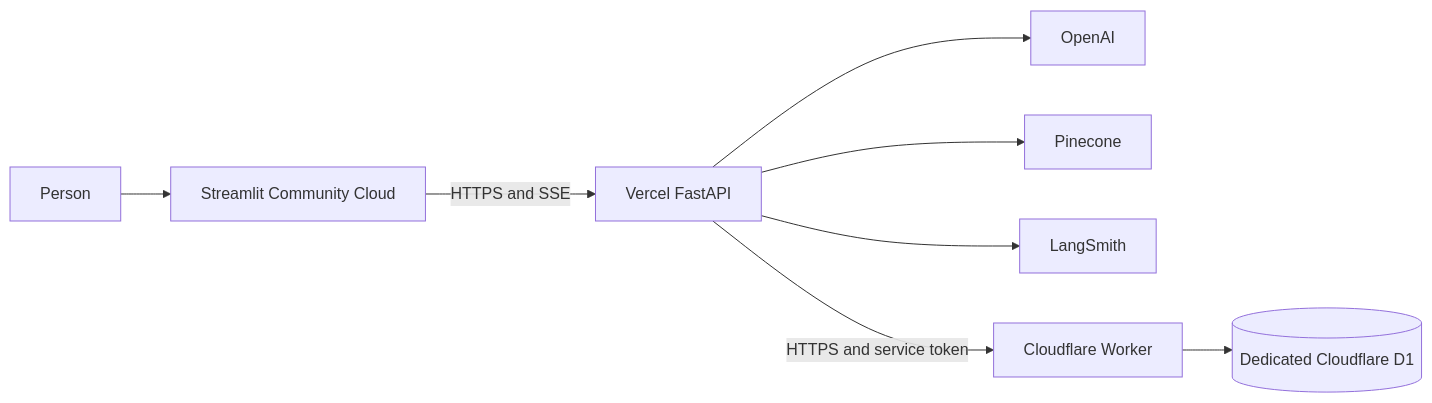
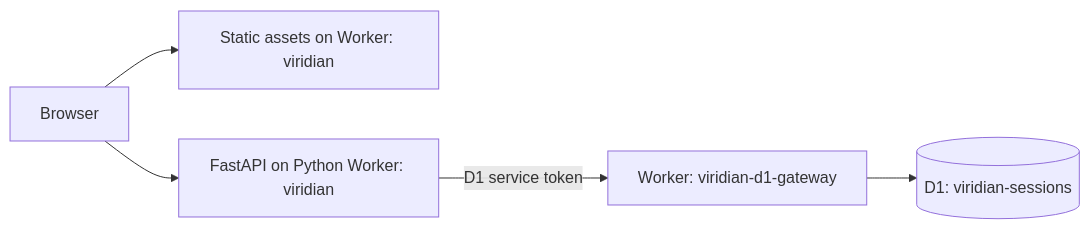
One commit to Thavarshan/enterprise-knowledge-assistant changed the diagram in docs/deployment.md. Above: the diagram before and after it, drawn with Mermaid. The commit also changed other lines of this file and 62 other files, not shown here.

Commit message:
Deploy Viridian on Cloudflare

````diff
--- a/docs/deployment.md
+++ b/docs/deployment.md
@@ -8,10 +6,7 @@
 ```mermaid
 flowchart LR
-  Person --> UI[Streamlit Community Cloud]
-  UI -->|HTTPS and SSE| API[Vercel FastAPI]
-  API --> OpenAI
-  API --> Pinecone
-  API --> LangSmith
-  API -->|HTTPS and service token| Worker[Cloudflare Worker]
-  Worker --> D1[(Dedicated Cloudflare D1)]
+    Browser --> UI[Static assets on Worker: viridian]
+    Browser --> API[FastAPI on Python Worker: viridian]
+    API -->|D1 service token| Gateway[Worker: viridian-d1-gateway]
+    Gateway --> DB[(D1: viridian-sessions)]
 ```
````
